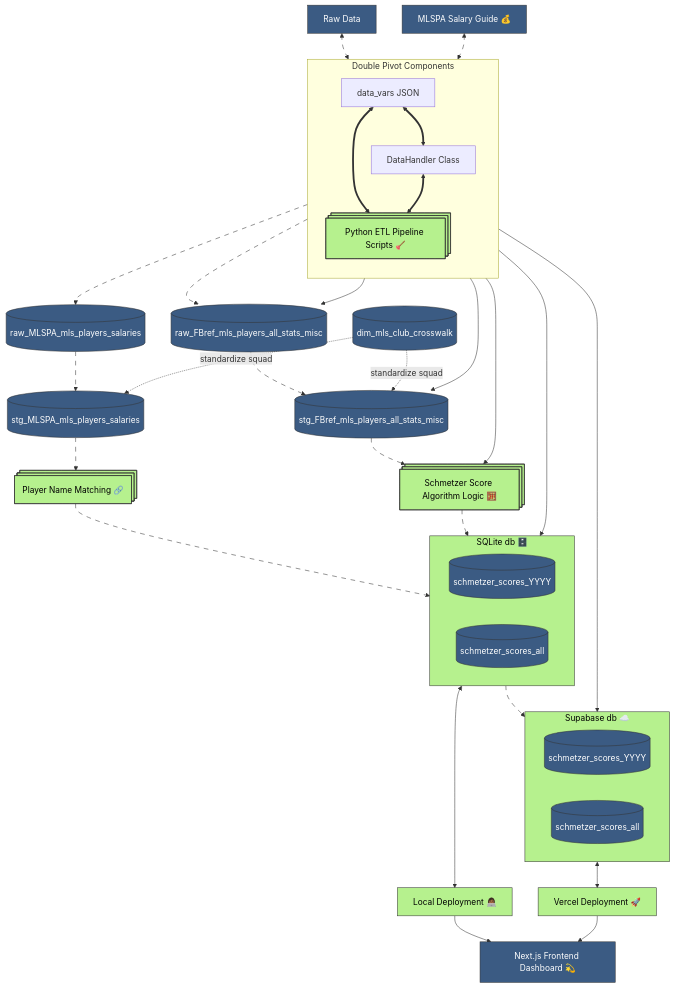
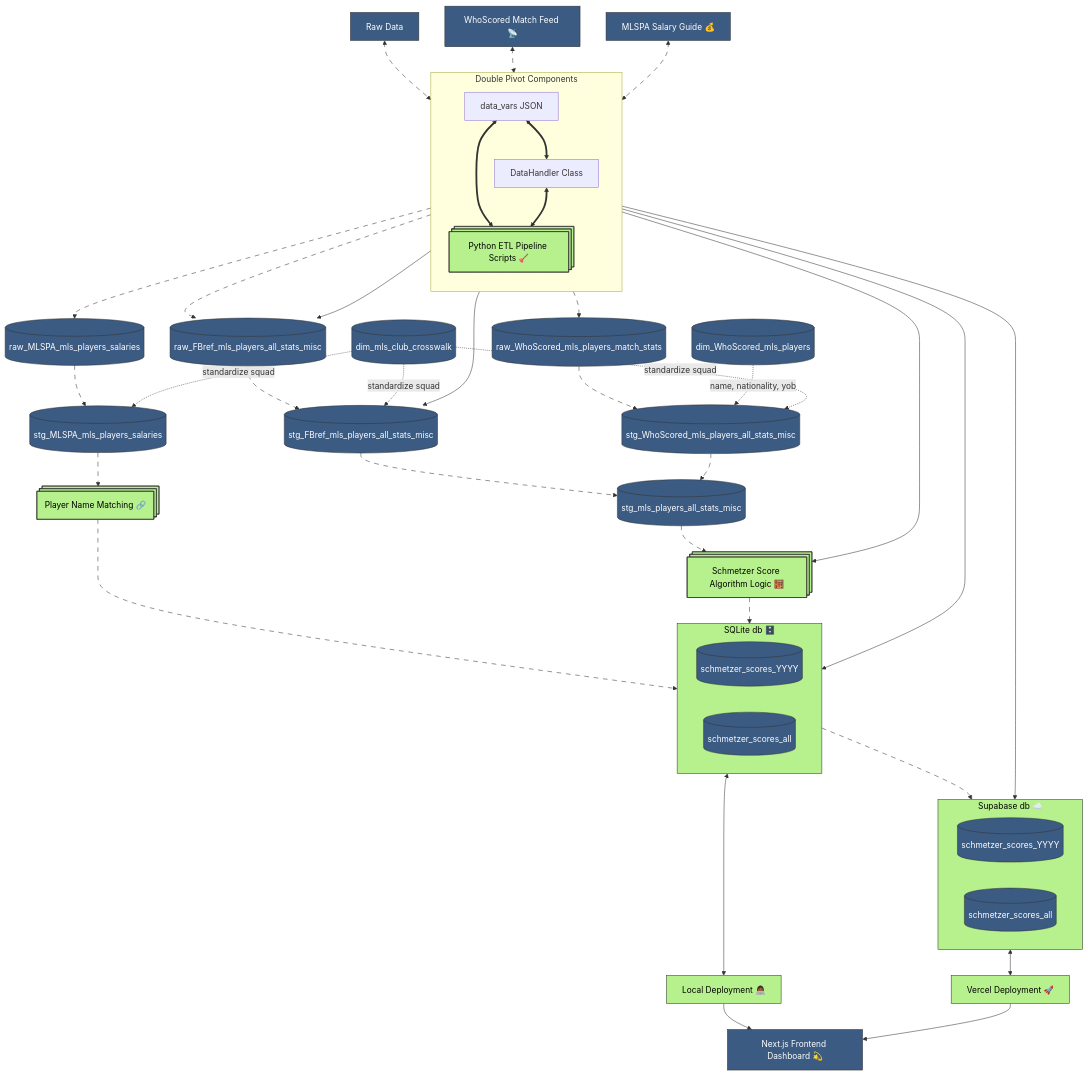
The diagram in README.md (thenickedwards/duels_mapping), drawn with Mermaid before and after one commit. The commit also changed other lines of this file and 9 other files, not shown here.

First line of the commit message:
Add 2026 via WhoScored and derive the season picker from the date

```diff
--- a/README.md
+++ b/README.md
@@ -156,7 +165,15 @@
     A[Raw Data] e1@<--> PY
     PY e2@--> C[(raw_FBref_mls_players_all_stats_misc)]
     C e3@--> D[(stg_FBref_mls_players_all_stats_misc)]
-    D e4@--> ALGO[Schmetzer Score Algorithm Logic 🧮]
+    D e4@--> VIEW[(stg_mls_players_all_stats_misc)]
+    VIEW e14@--> ALGO[Schmetzer Score Algorithm Logic 🧮]
+
+    %% WhoScored pipeline (2026 onward)
+    W[WhoScored Match Feed 📡] e12@<--> PY
+    PY e13@--> WR[(raw_WhoScored_mls_players_match_stats)]
+    WR e15@--> WS[(stg_WhoScored_mls_players_all_stats_misc)]
+    WP[(dim_WhoScored_mls_players)] -.->|name, nationality, yob| WS
+    WS e16@--> VIEW
 
     %% Salary pipeline
     S[MLSPA Salary Guide 💰] e7@<--> PY
@@ -169,6 +186,7 @@
     XWALK[(dim_mls_club_crosswalk)]
     XWALK -.->|standardize squad| D
     XWALK -.->|standardize squad| SS
+    XWALK -.->|standardize squad| WS
 
     %% SQLite group
     subgraph SQLITE [SQLite db 🗄️]
@@ -209,8 +227,8 @@
     classDef dataNode fill:#3b5b83,stroke:#333,stroke-width:1px,color:#fff;
     classDef logicNode fill:#b6f18e,stroke:#333,stroke-width:1px,color:#000;
     classDef animate stroke-dasharray: 9,5,stroke-dashoffset: 900,animation: dash 25s linear infinite;
-    class e1,e2,e3,e4,e5,e6,e7,e8,e9,e10,e11 animate
-    class A,C,D,F,G,F2,G2,N,S,SR,SS,XWALK dataNode
+    class e1,e2,e3,e4,e5,e6,e7,e8,e9,e10,e11,e12,e13,e14,e15,e16 animate
+    class A,C,D,F,G,F2,G2,N,S,SR,SS,XWALK,W,WR,WS,WP,VIEW dataNode
     class PY,ALGO,SQLITE,SUPABASE,V,L,MATCH logicNode
     PY@{ shape: procs}
     ALGO@{ shape: procs}
```
